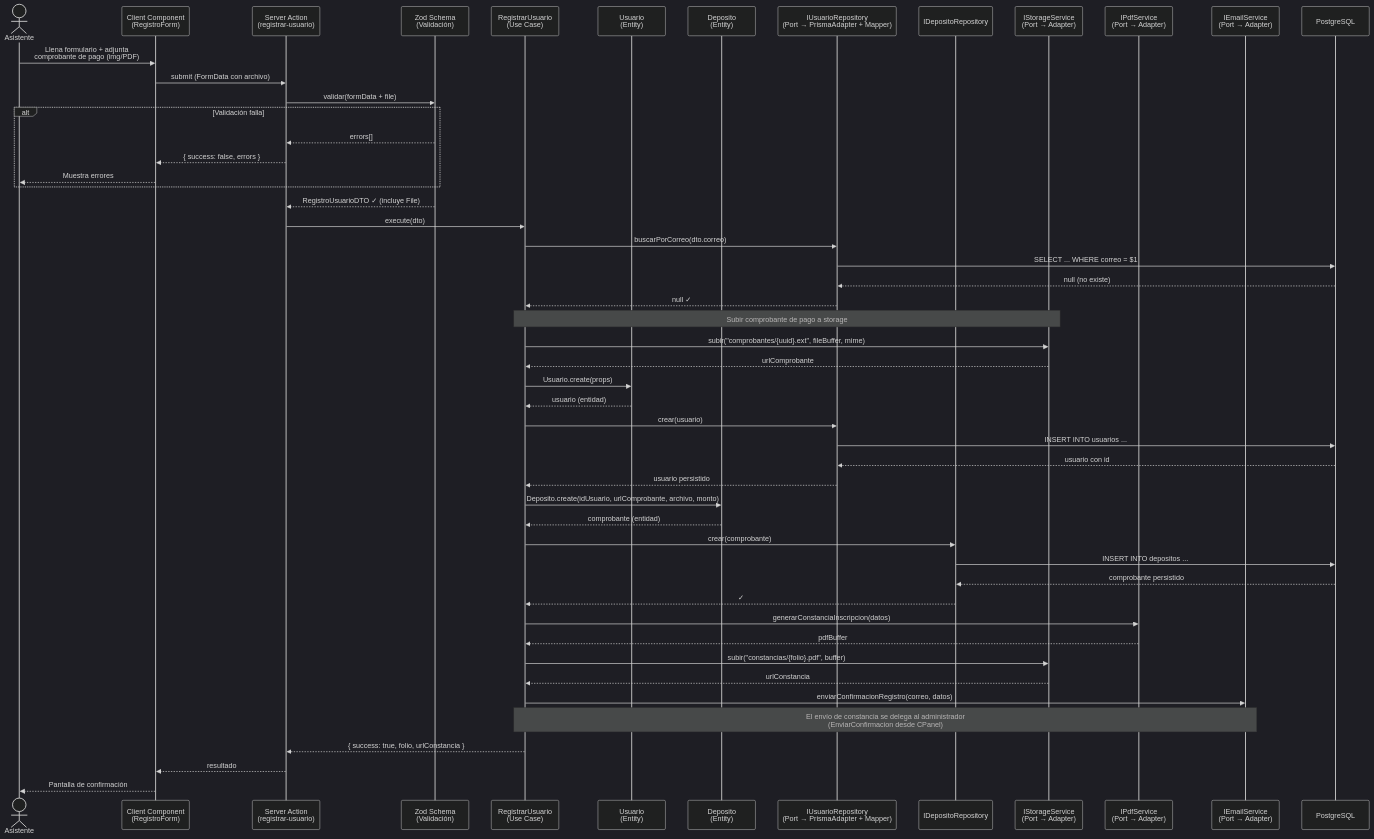
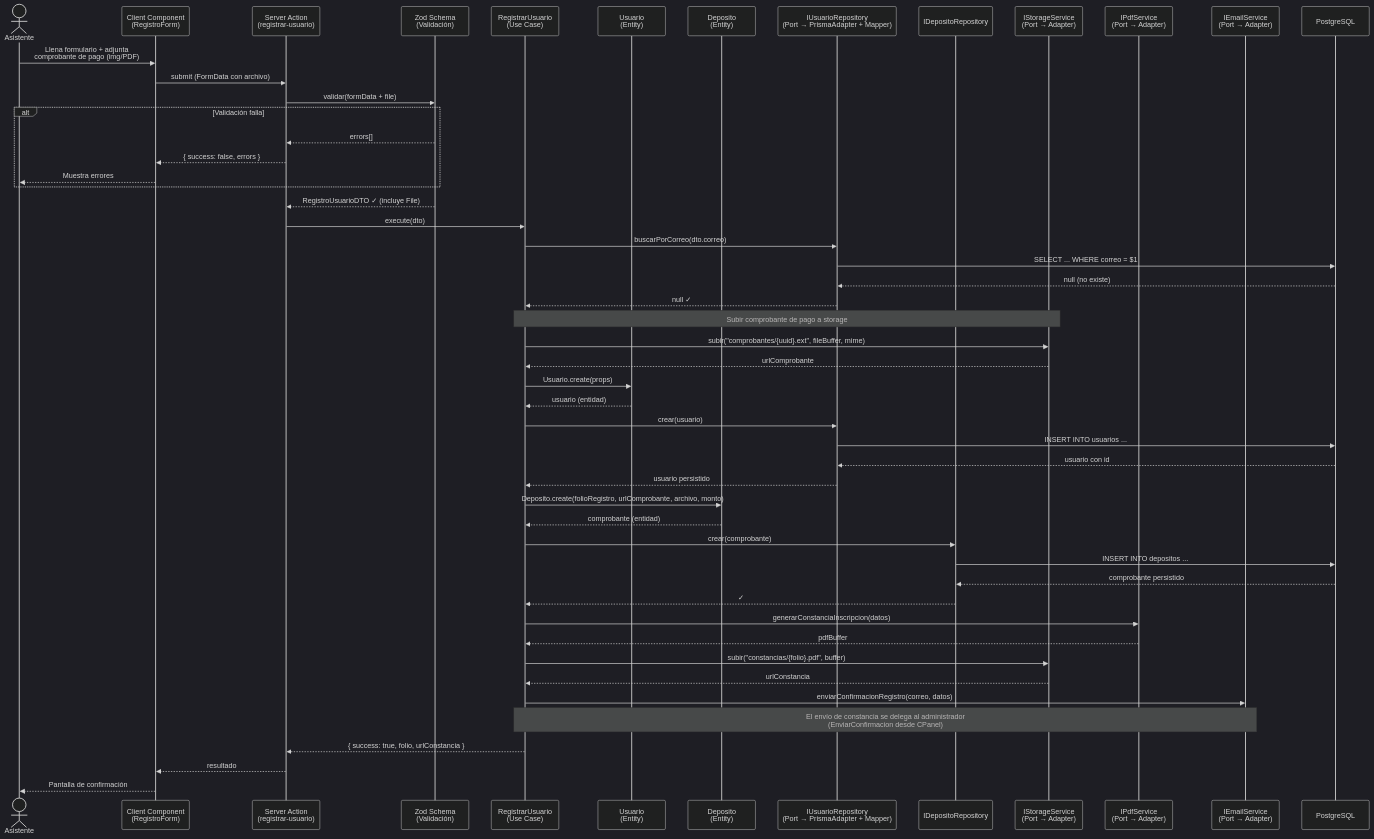
One commit to iKinoo/aniei-registro-2026 changed the fifth of 14 diagrams in docs/DESIGN.md. Above: the diagram before and after it, drawn with Mermaid (dark theme). The commit also changed other lines of this file and 3 other files, not shown here.

````diff
--- a/docs/DESIGN.md
+++ b/docs/DESIGN.md
@@ -682,68 +897,68 @@
 ```mermaid
 sequenceDiagram
     actor A as Asistente
     participant CC as Client Component<br/>(RegistroForm)
     participant SA as Server Action<br/>(registrar-usuario)
     participant Val as Zod Schema<br/>(Validación)
     participant UC as RegistrarUsuario<br/>(Use Case)
     participant Dom as Usuario<br/>(Entity)
     participant Comp as Deposito<br/>(Entity)
     participant Repo as IUsuarioRepository<br/>(Port → PrismaAdapter + Mapper)
     participant CompRepo as IDepositoRepository
     participant Store as IStorageService<br/>(Port → Adapter)
     participant PDF as IPdfService<br/>(Port → Adapter)
     participant Mail as IEmailService<br/>(Port → Adapter)
     participant DB as PostgreSQL
 
     A->>CC: Llena formulario + adjunta<br/>comprobante de pago (img/PDF)
     CC->>SA: submit (FormData con archivo)
     SA->>Val: validar(formData + file)
     
     alt Validación falla
         Val-->>SA: errors[]
         SA-->>CC: { success: false, errors }
         CC-->>A: Muestra errores
     end
 
     Val-->>SA: RegistroUsuarioDTO ✓ (incluye File)
 
     SA->>UC: execute(dto)
     
     UC->>Repo: buscarPorCorreo(dto.correo)
     Repo->>DB: SELECT ... WHERE correo = $1
     DB-->>Repo: null (no existe)
     Repo-->>UC: null ✓
 
     Note over UC,Store: Subir comprobante de pago a storage
     UC->>Store: subir("comprobantes/{uuid}.ext", fileBuffer, mime)
     Store-->>UC: urlComprobante
 
     UC->>Dom: Usuario.create(props)
     Dom-->>UC: usuario (entidad)
 
     UC->>Repo: crear(usuario)
     Repo->>DB: INSERT INTO usuarios ...
     DB-->>Repo: usuario con id
     Repo-->>UC: usuario persistido
 
-    UC->>Comp: Deposito.create(idUsuario, urlComprobante, archivo, monto)
+    UC->>Comp: Deposito.create(folioRegistro, urlComprobante, archivo, monto)
     Comp-->>UC: comprobante (entidad)
 
     UC->>CompRepo: crear(comprobante)
     CompRepo->>DB: INSERT INTO depositos ...
     DB-->>CompRepo: comprobante persistido
     CompRepo-->>UC: ✓
 
     UC->>PDF: generarConstanciaInscripcion(datos)
     PDF-->>UC: pdfBuffer
 
     UC->>Store: subir("constancias/{folio}.pdf", buffer)
     Store-->>UC: urlConstancia
 
     UC->>Mail: enviarConfirmacionRegistro(correo, datos)
     Note over UC,Mail: El envío de constancia se delega al administrador<br/>(EnviarConfirmacion desde CPanel)
 
     UC-->>SA: { success: true, folio, urlConstancia }
     SA-->>CC: resultado
     CC-->>A: Pantalla de confirmación
 ```
````
